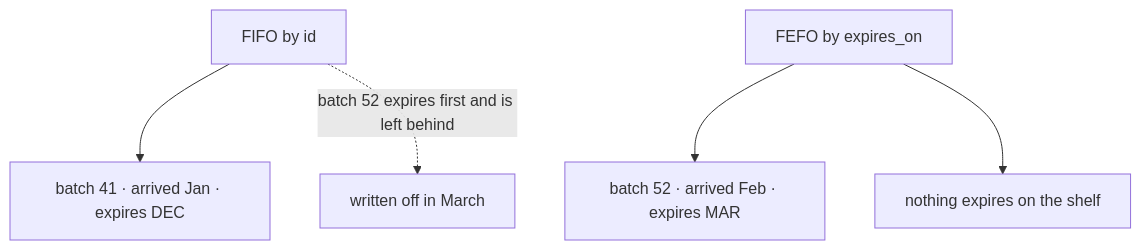
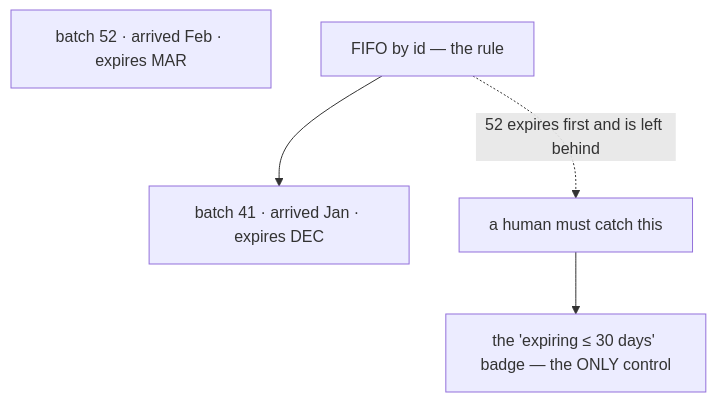
The second of 14 diagrams in disscuss/architecture/batch_selection.md (pdcgo/warehouse_revamp), drawn with Mermaid before and after one commit. The commit also changed other lines of this file and 4 other files, not shown here.

````diff
--- a/disscuss/architecture/batch_selection.md
+++ b/disscuss/architecture/batch_selection.md
@@ -121,9 +94,8 @@
 ```mermaid
 flowchart TD
   B1["batch 41 · arrived Jan · expires DEC"]
   B2["batch 52 · arrived Feb · expires MAR"]
-  F["FIFO by id"] --> B1
-  F -.->|"batch 52 expires first and is left behind"| W["written off in March"]
-  E["FEFO by expires_on"] --> B2
-  E --> G["nothing expires on the shelf"]
+  F["FIFO by id — the rule"] --> B1
+  F -.->|"52 expires first and is left behind"| W["a human must catch this"]
+  W --> BADGE["the 'expiring ≤ 30 days' badge — the ONLY control"]
 ```
````
